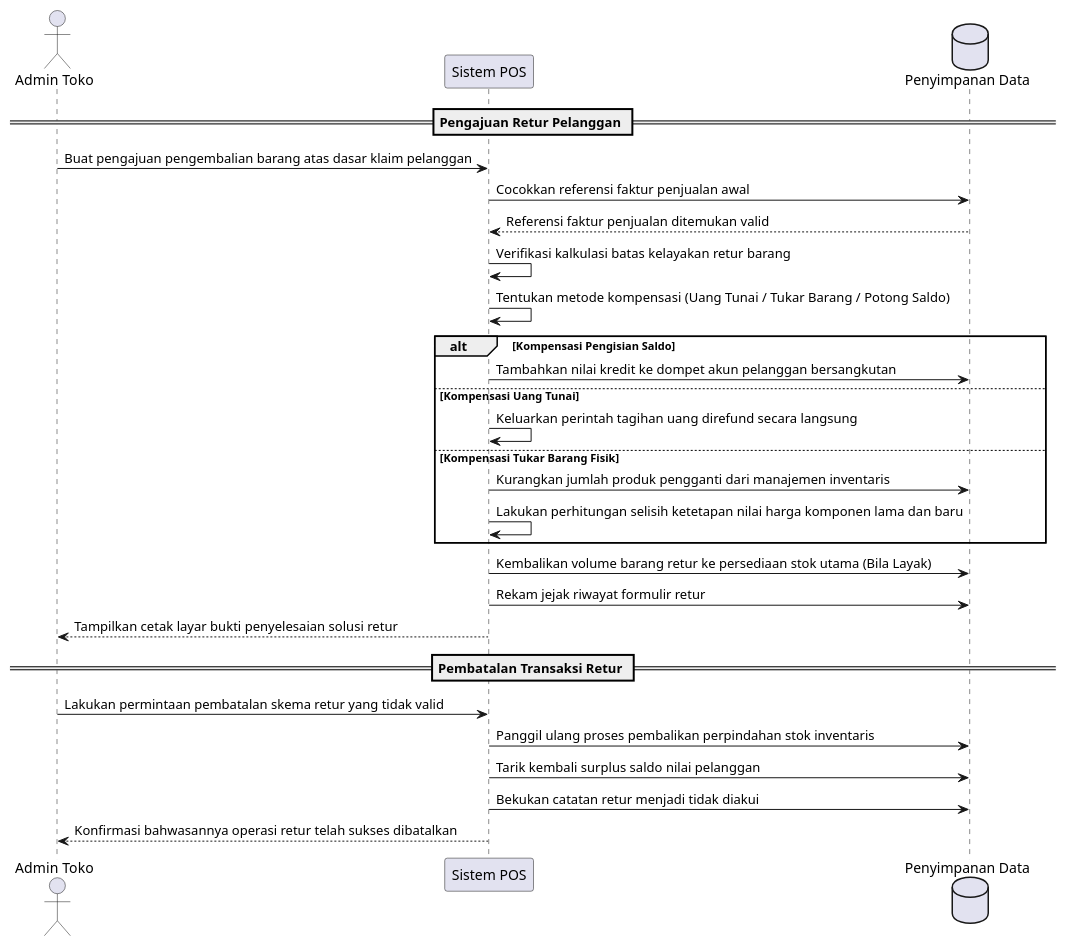
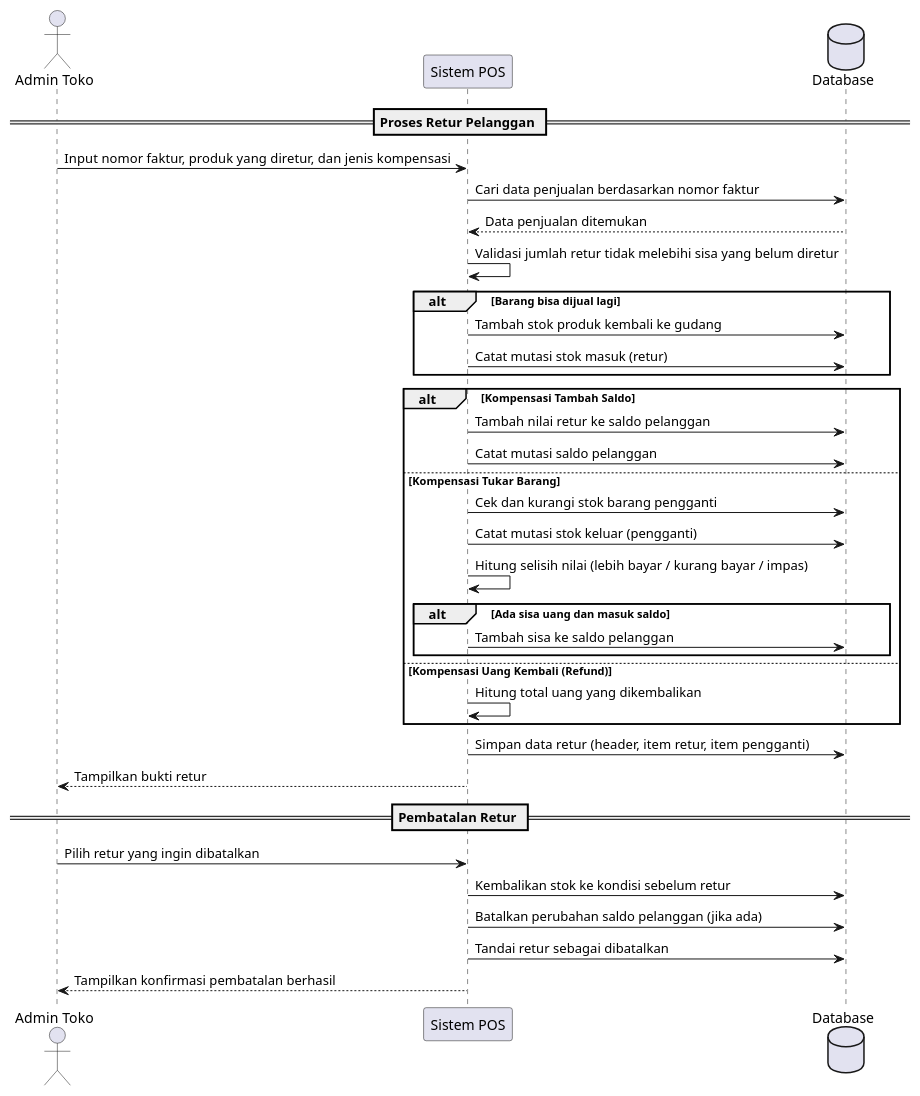
One commit to Aditiarzky/pos-app changed the diagram in docs/uml-sequence-return.puml. Above: the diagram before and after it, drawn with PlantUML. The commit also changed 41 other files, not shown here.

```diff
--- a/docs/uml-sequence-return.puml
+++ b/docs/uml-sequence-return.puml
@@ -1,32 +1,40 @@
 @startuml
 actor "Admin Toko" as Admin
 participant "Sistem POS" as App
-database "Penyimpanan Data" as DB
+database "Database" as DB
 
-== Pengajuan Retur Pelanggan ==
-Admin -> App: Buat pengajuan pengembalian barang atas dasar klaim pelanggan
-App -> DB: Cocokkan referensi faktur penjualan awal
-DB --> App: Referensi faktur penjualan ditemukan valid
-App -> App: Verifikasi kalkulasi batas kelayakan retur barang
-App -> App: Tentukan metode kompensasi (Uang Tunai / Tukar Barang / Potong Saldo)
+== Proses Retur Pelanggan ==
+Admin -> App: Input nomor faktur, produk yang diretur, dan jenis kompensasi
+App -> DB: Cari data penjualan berdasarkan nomor faktur
+DB --> App: Data penjualan ditemukan
+App -> App: Validasi jumlah retur tidak melebihi sisa yang belum diretur
 
-alt Kompensasi Pengisian Saldo
-  App -> DB: Tambahkan nilai kredit ke dompet akun pelanggan bersangkutan
-else Kompensasi Uang Tunai
-  App -> App: Keluarkan perintah tagihan uang direfund secara langsung
-else Kompensasi Tukar Barang Fisik
-  App -> DB: Kurangkan jumlah produk pengganti dari manajemen inventaris
-  App -> App: Lakukan perhitungan selisih ketetapan nilai harga komponen lama dan baru
+alt Barang bisa dijual lagi
+  App -> DB: Tambah stok produk kembali ke gudang
+  App -> DB: Catat mutasi stok masuk (retur)
 end
 
-App -> DB: Kembalikan volume barang retur ke persediaan stok utama (Bila Layak)
-App -> DB: Rekam jejak riwayat formulir retur
-App --> Admin: Tampilkan cetak layar bukti penyelesaian solusi retur
+alt Kompensasi Tambah Saldo
+  App -> DB: Tambah nilai retur ke saldo pelanggan
+  App -> DB: Catat mutasi saldo pelanggan
+else Kompensasi Tukar Barang
+  App -> DB: Cek dan kurangi stok barang pengganti
+  App -> DB: Catat mutasi stok keluar (pengganti)
+  App -> App: Hitung selisih nilai (lebih bayar / kurang bayar / impas)
+  alt Ada sisa uang dan masuk saldo
+    App -> DB: Tambah sisa ke saldo pelanggan
+  end
+else Kompensasi Uang Kembali (Refund)
+  App -> App: Hitung total uang yang dikembalikan
+end
 
-== Pembatalan Transaksi Retur ==
-Admin -> App: Lakukan permintaan pembatalan skema retur yang tidak valid
-App -> DB: Panggil ulang proses pembalikan perpindahan stok inventaris
-App -> DB: Tarik kembali surplus saldo nilai pelanggan
-App -> DB: Bekukan catatan retur menjadi tidak diakui
-App --> Admin: Konfirmasi bahwasannya operasi retur telah sukses dibatalkan
+App -> DB: Simpan data retur (header, item retur, item pengganti)
+App --> Admin: Tampilkan bukti retur
+
+== Pembatalan Retur ==
+Admin -> App: Pilih retur yang ingin dibatalkan
+App -> DB: Kembalikan stok ke kondisi sebelum retur
+App -> DB: Batalkan perubahan saldo pelanggan (jika ada)
+App -> DB: Tandai retur sebagai dibatalkan
+App --> Admin: Tampilkan konfirmasi pembatalan berhasil
 @enduml
```
